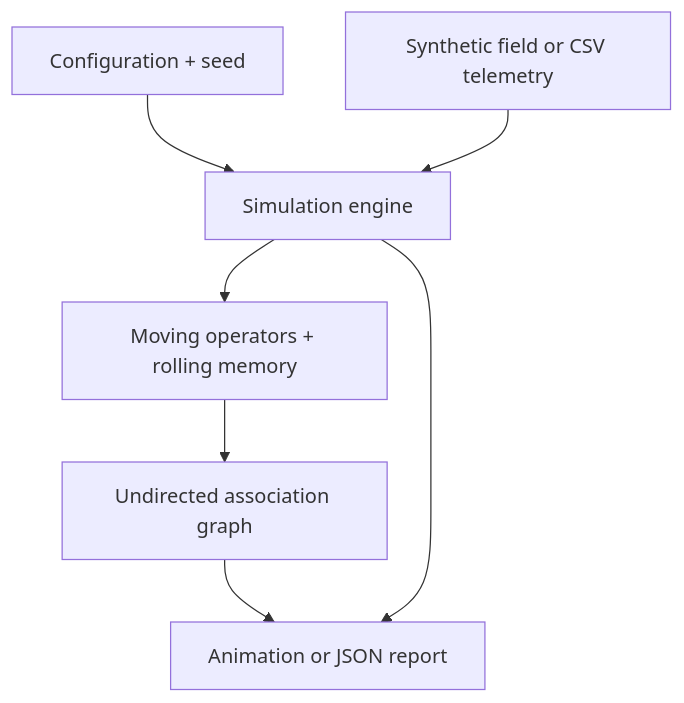
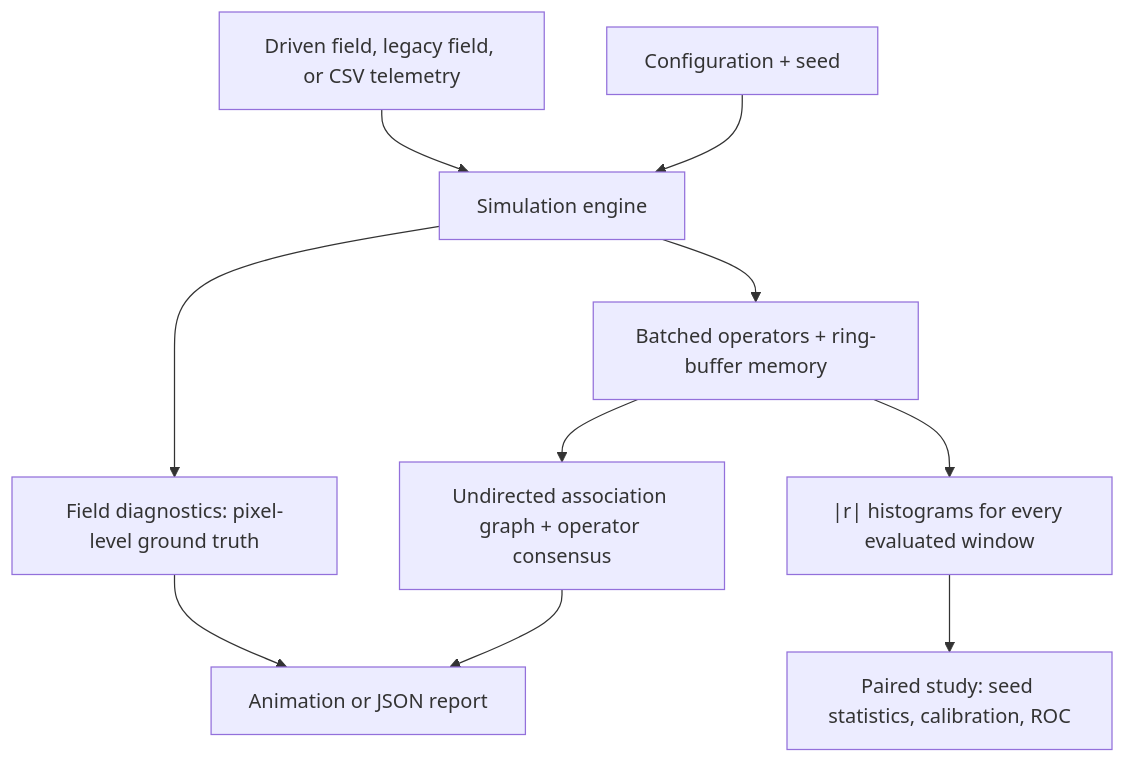
Before and after one commit to topherchris420/ions-x-deep-emergence-lab: the diagram in README.md, drawn with Mermaid. The commit also changed other lines of this file and 16 other files, not shown here.

````diff
--- a/README.md
+++ b/README.md
@@ -136,9 +178,12 @@
 ```mermaid
 flowchart TD
     C["Configuration + seed"] --> E["Simulation engine"]
-    T["Synthetic field or CSV telemetry"] --> E
-    E --> O["Moving operators + rolling memory"]
-    O --> G["Undirected association graph"]
+    T["Driven field, legacy field, or CSV telemetry"] --> E
+    E --> O["Batched operators + ring-buffer memory"]
+    E --> D["Field diagnostics: pixel-level ground truth"]
+    O --> G["Undirected association graph + operator consensus"]
+    O --> H["|r| histograms for every evaluated window"]
     G --> R["Animation or JSON report"]
-    E --> R
+    D --> R
+    H --> S["Paired study: seed statistics, calibration, ROC"]
 ```
````
